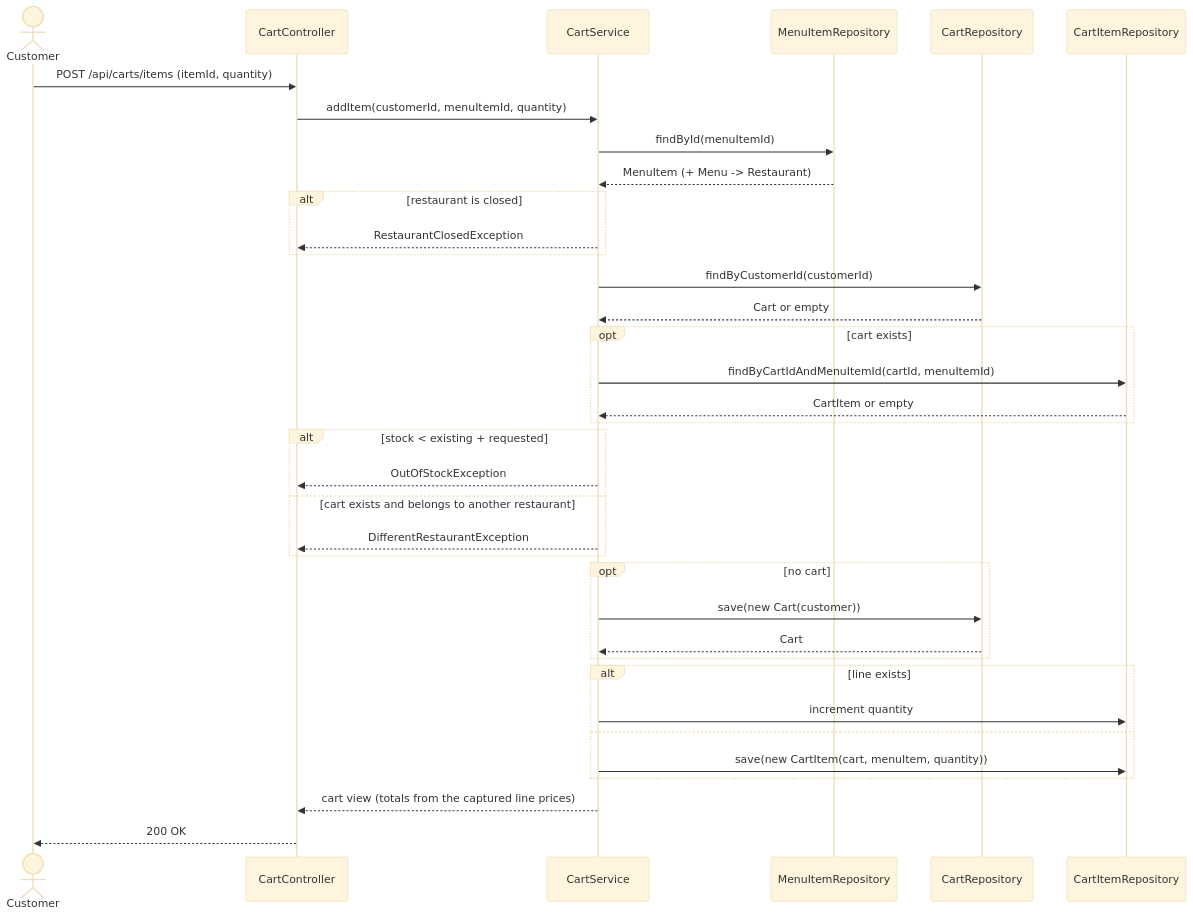
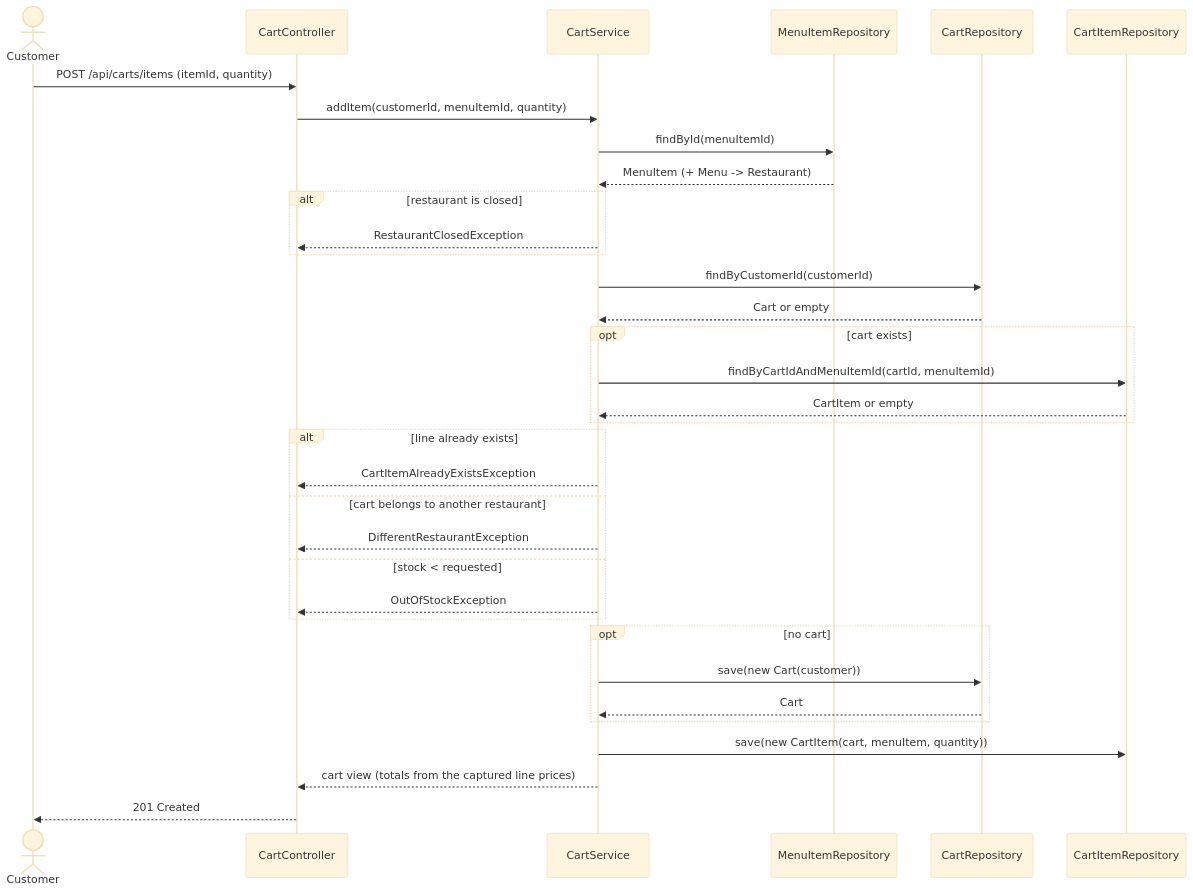
The second of 2 diagrams in restaurant/.docs/use-cases/cart-management/add-cart-item/add-cart-item.md (msmohammed0077-cmd/mentorship-restaurant), drawn with Mermaid (base theme) before and after one commit. The commit also changed other lines of this file and 12 other files, not shown here.

First line of the commit message:
refactor(cart): reject adding an item the cart already holds

````diff
--- a/restaurant/.docs/use-cases/cart-management/add-cart-item/add-cart-item.md
+++ b/restaurant/.docs/use-cases/cart-management/add-cart-item/add-cart-item.md
@@ -99,47 +98,45 @@
 ```mermaid
 sequenceDiagram
     actor Customer
     participant C as CartController
     participant S as CartService
     participant MIR as MenuItemRepository
     participant CR as CartRepository
     participant CIR as CartItemRepository
 
     Customer->>C: POST /api/carts/items (itemId, quantity)
     C->>S: addItem(customerId, menuItemId, quantity)
 
     S->>MIR: findById(menuItemId)
     MIR-->>S: MenuItem (+ Menu -> Restaurant)
 
     alt restaurant is closed
         S-->>C: RestaurantClosedException
     end
 
     S->>CR: findByCustomerId(customerId)
     CR-->>S: Cart or empty
 
     opt cart exists
         S->>CIR: findByCartIdAndMenuItemId(cartId, menuItemId)
         CIR-->>S: CartItem or empty
     end
 
-    alt stock < existing + requested
+    alt line already exists
+        S-->>C: CartItemAlreadyExistsException
+    else cart belongs to another restaurant
+        S-->>C: DifferentRestaurantException
+    else stock < requested
         S-->>C: OutOfStockException
-    else cart exists and belongs to another restaurant
-        S-->>C: DifferentRestaurantException
     end
 
     opt no cart
         S->>CR: save(new Cart(customer))
         CR-->>S: Cart
     end
 
-    alt line exists
-        S->>CIR: increment quantity
-    else
-        S->>CIR: save(new CartItem(cart, menuItem, quantity))
-    end
+    S->>CIR: save(new CartItem(cart, menuItem, quantity))
 
     S-->>C: cart view (totals from the captured line prices)
-    C-->>Customer: 200 OK
+    C-->>Customer: 201 Created
 ```
````
